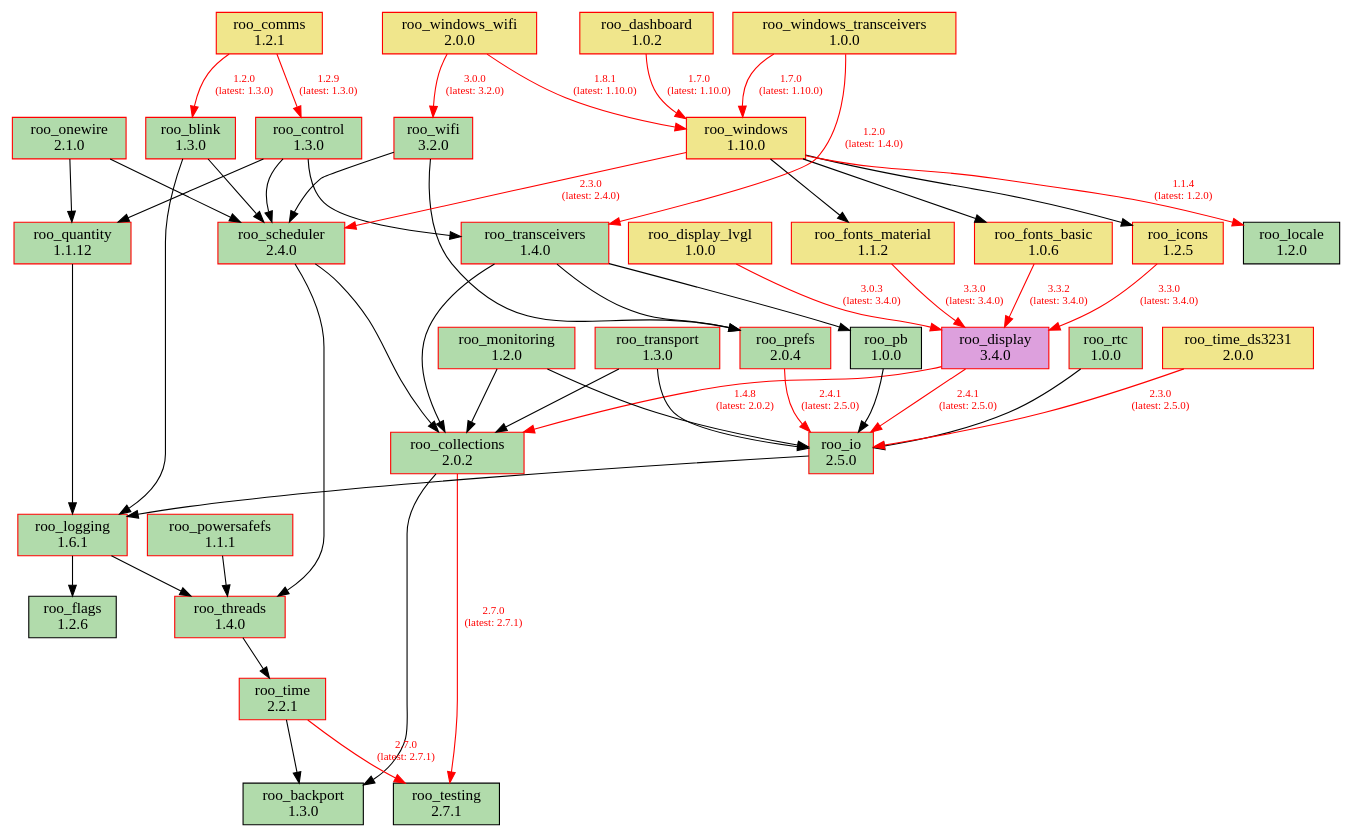
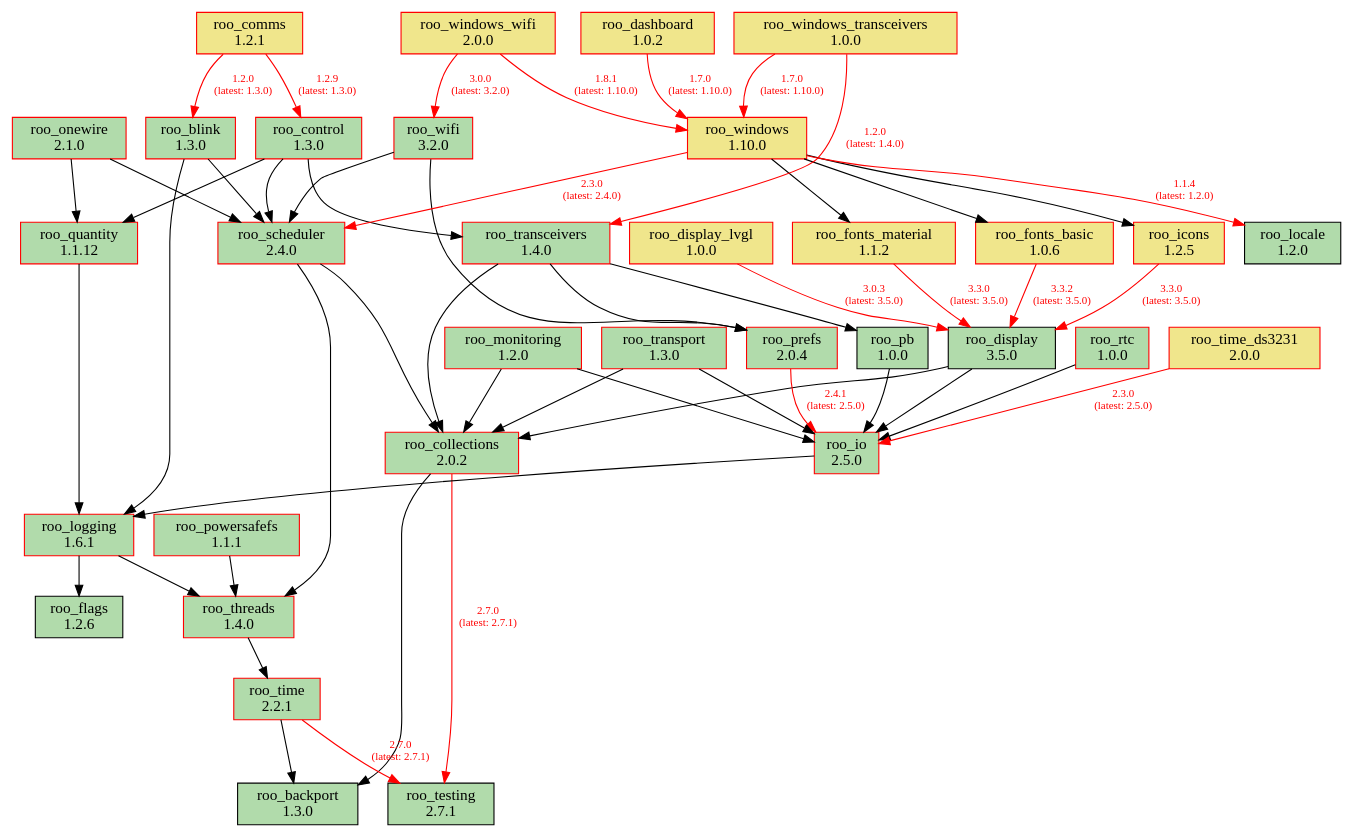
The diagram in doc/dependencies.dot (dejwk/roo-registry), drawn with Graphviz before and after one commit. The commit also changed 3 other files, not shown here.

Commit message:
Added roo_display 3.5.0 to the registry.

```diff
--- a/doc/dependencies.dot
+++ b/doc/dependencies.dot
@@ -1,92 +1,92 @@
 digraph dependencies {
     rankdir=TB;
     node [shape=box, style=filled];
     edge [fontsize=10];
 
     // Modules
     "roo_backport" [label="roo_backport\n1.3.0", fillcolor="#b1dbab", color="black"];
     "roo_blink" [label="roo_blink\n1.3.0", fillcolor="#b1dbab", color="red"];
     "roo_collections" [label="roo_collections\n2.0.2", fillcolor="#b1dbab", color="red"];
     "roo_comms" [label="roo_comms\n1.2.1", fillcolor="khaki", color="red"];
     "roo_control" [label="roo_control\n1.3.0", fillcolor="#b1dbab", color="red"];
     "roo_dashboard" [label="roo_dashboard\n1.0.2", fillcolor="khaki", color="red"];
-    "roo_display" [label="roo_display\n3.4.0", fillcolor="plum", color="red"];
+    "roo_display" [label="roo_display\n3.5.0", fillcolor="#b1dbab", color="black"];
     "roo_display_lvgl" [label="roo_display_lvgl\n1.0.0", fillcolor="khaki", color="red"];
     "roo_flags" [label="roo_flags\n1.2.6", fillcolor="#b1dbab", color="black"];
     "roo_fonts_basic" [label="roo_fonts_basic\n1.0.6", fillcolor="khaki", color="red"];
     "roo_fonts_material" [label="roo_fonts_material\n1.1.2", fillcolor="khaki", color="red"];
     "roo_icons" [label="roo_icons\n1.2.5", fillcolor="khaki", color="red"];
     "roo_io" [label="roo_io\n2.5.0", fillcolor="#b1dbab", color="red"];
     "roo_locale" [label="roo_locale\n1.2.0", fillcolor="#b1dbab", color="black"];
     "roo_logging" [label="roo_logging\n1.6.1", fillcolor="#b1dbab", color="red"];
     "roo_monitoring" [label="roo_monitoring\n1.2.0", fillcolor="#b1dbab", color="red"];
     "roo_onewire" [label="roo_onewire\n2.1.0", fillcolor="#b1dbab", color="red"];
     "roo_pb" [label="roo_pb\n1.0.0", fillcolor="#b1dbab", color="black"];
     "roo_powersafefs" [label="roo_powersafefs\n1.1.1", fillcolor="#b1dbab", color="red"];
     "roo_prefs" [label="roo_prefs\n2.0.4", fillcolor="#b1dbab", color="red"];
     "roo_quantity" [label="roo_quantity\n1.1.12", fillcolor="#b1dbab", color="red"];
     "roo_rtc" [label="roo_rtc\n1.0.0", fillcolor="#b1dbab", color="red"];
     "roo_scheduler" [label="roo_scheduler\n2.4.0", fillcolor="#b1dbab", color="red"];
     "roo_testing" [label="roo_testing\n2.7.1", fillcolor="#b1dbab", color="black"];
     "roo_threads" [label="roo_threads\n1.4.0", fillcolor="#b1dbab", color="red"];
     "roo_time" [label="roo_time\n2.2.1", fillcolor="#b1dbab", color="red"];
     "roo_time_ds3231" [label="roo_time_ds3231\n2.0.0", fillcolor="khaki", color="red"];
     "roo_transceivers" [label="roo_transceivers\n1.4.0", fillcolor="#b1dbab", color="red"];
     "roo_transport" [label="roo_transport\n1.3.0", fillcolor="#b1dbab", color="red"];
     "roo_wifi" [label="roo_wifi\n3.2.0", fillcolor="#b1dbab", color="red"];
     "roo_windows" [label="roo_windows\n1.10.0", fillcolor="khaki", color="red"];
     "roo_windows_transceivers" [label="roo_windows_transceivers\n1.0.0", fillcolor="khaki", color="red"];
     "roo_windows_wifi" [label="roo_windows_wifi\n2.0.0", fillcolor="khaki", color="red"];
 
     // Dependencies
     "roo_blink" -> "roo_logging";
     "roo_blink" -> "roo_scheduler";
     "roo_collections" -> "roo_testing" [color=red, fontcolor=red, label="2.7.0\n(latest: 2.7.1)"];
     "roo_collections" -> "roo_backport";
     "roo_comms" -> "roo_blink" [color=red, fontcolor=red, label="1.2.0\n(latest: 1.3.0)"];
     "roo_comms" -> "roo_control" [color=red, fontcolor=red, label="1.2.9\n(latest: 1.3.0)"];
     "roo_control" -> "roo_quantity";
     "roo_control" -> "roo_scheduler";
     "roo_control" -> "roo_transceivers";
     "roo_dashboard" -> "roo_windows" [color=red, fontcolor=red, label="1.7.0\n(latest: 1.10.0)"];
-    "roo_display" -> "roo_collections" [color=red, fontcolor=red, label="1.4.8\n(latest: 2.0.2)"];
-    "roo_display" -> "roo_io" [color=red, fontcolor=red, label="2.4.1\n(latest: 2.5.0)"];
-    "roo_display_lvgl" -> "roo_display" [color=red, fontcolor=red, label="3.0.3\n(latest: 3.4.0)"];
-    "roo_fonts_basic" -> "roo_display" [color=red, fontcolor=red, label="3.3.2\n(latest: 3.4.0)"];
-    "roo_fonts_material" -> "roo_display" [color=red, fontcolor=red, label="3.3.0\n(latest: 3.4.0)"];
-    "roo_icons" -> "roo_display" [color=red, fontcolor=red, label="3.3.0\n(latest: 3.4.0)"];
+    "roo_display" -> "roo_collections";
+    "roo_display" -> "roo_io";
+    "roo_display_lvgl" -> "roo_display" [color=red, fontcolor=red, label="3.0.3\n(latest: 3.5.0)"];
+    "roo_fonts_basic" -> "roo_display" [color=red, fontcolor=red, label="3.3.2\n(latest: 3.5.0)"];
+    "roo_fonts_material" -> "roo_display" [color=red, fontcolor=red, label="3.3.0\n(latest: 3.5.0)"];
+    "roo_icons" -> "roo_display" [color=red, fontcolor=red, label="3.3.0\n(latest: 3.5.0)"];
     "roo_io" -> "roo_logging";
     "roo_logging" -> "roo_flags";
     "roo_logging" -> "roo_threads";
     "roo_monitoring" -> "roo_collections";
     "roo_monitoring" -> "roo_io";
     "roo_onewire" -> "roo_scheduler";
     "roo_onewire" -> "roo_quantity";
     "roo_pb" -> "roo_io";
     "roo_powersafefs" -> "roo_threads";
     "roo_prefs" -> "roo_io" [color=red, fontcolor=red, label="2.4.1\n(latest: 2.5.0)"];
     "roo_quantity" -> "roo_logging";
     "roo_rtc" -> "roo_io";
     "roo_scheduler" -> "roo_collections";
     "roo_scheduler" -> "roo_threads";
     "roo_threads" -> "roo_time";
     "roo_time" -> "roo_testing" [color=red, fontcolor=red, label="2.7.0\n(latest: 2.7.1)"];
     "roo_time" -> "roo_backport";
     "roo_time_ds3231" -> "roo_io" [color=red, fontcolor=red, label="2.3.0\n(latest: 2.5.0)"];
     "roo_transceivers" -> "roo_pb";
     "roo_transceivers" -> "roo_collections";
     "roo_transceivers" -> "roo_prefs";
     "roo_transport" -> "roo_collections";
     "roo_transport" -> "roo_io";
     "roo_wifi" -> "roo_prefs";
     "roo_wifi" -> "roo_scheduler";
     "roo_windows" -> "roo_fonts_basic";
     "roo_windows" -> "roo_fonts_material";
     "roo_windows" -> "roo_locale" [color=red, fontcolor=red, label="1.1.4\n(latest: 1.2.0)"];
     "roo_windows" -> "roo_icons";
     "roo_windows" -> "roo_scheduler" [color=red, fontcolor=red, label="2.3.0\n(latest: 2.4.0)"];
     "roo_windows_transceivers" -> "roo_transceivers" [color=red, fontcolor=red, label="1.2.0\n(latest: 1.4.0)"];
     "roo_windows_transceivers" -> "roo_windows" [color=red, fontcolor=red, label="1.7.0\n(latest: 1.10.0)"];
     "roo_windows_wifi" -> "roo_wifi" [color=red, fontcolor=red, label="3.0.0\n(latest: 3.2.0)"];
     "roo_windows_wifi" -> "roo_windows" [color=red, fontcolor=red, label="1.8.1\n(latest: 1.10.0)"];
 }
```
